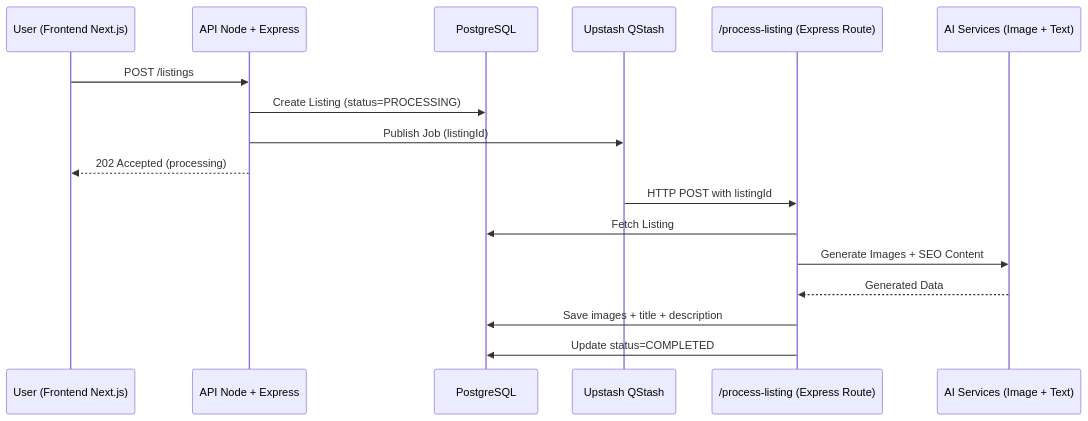
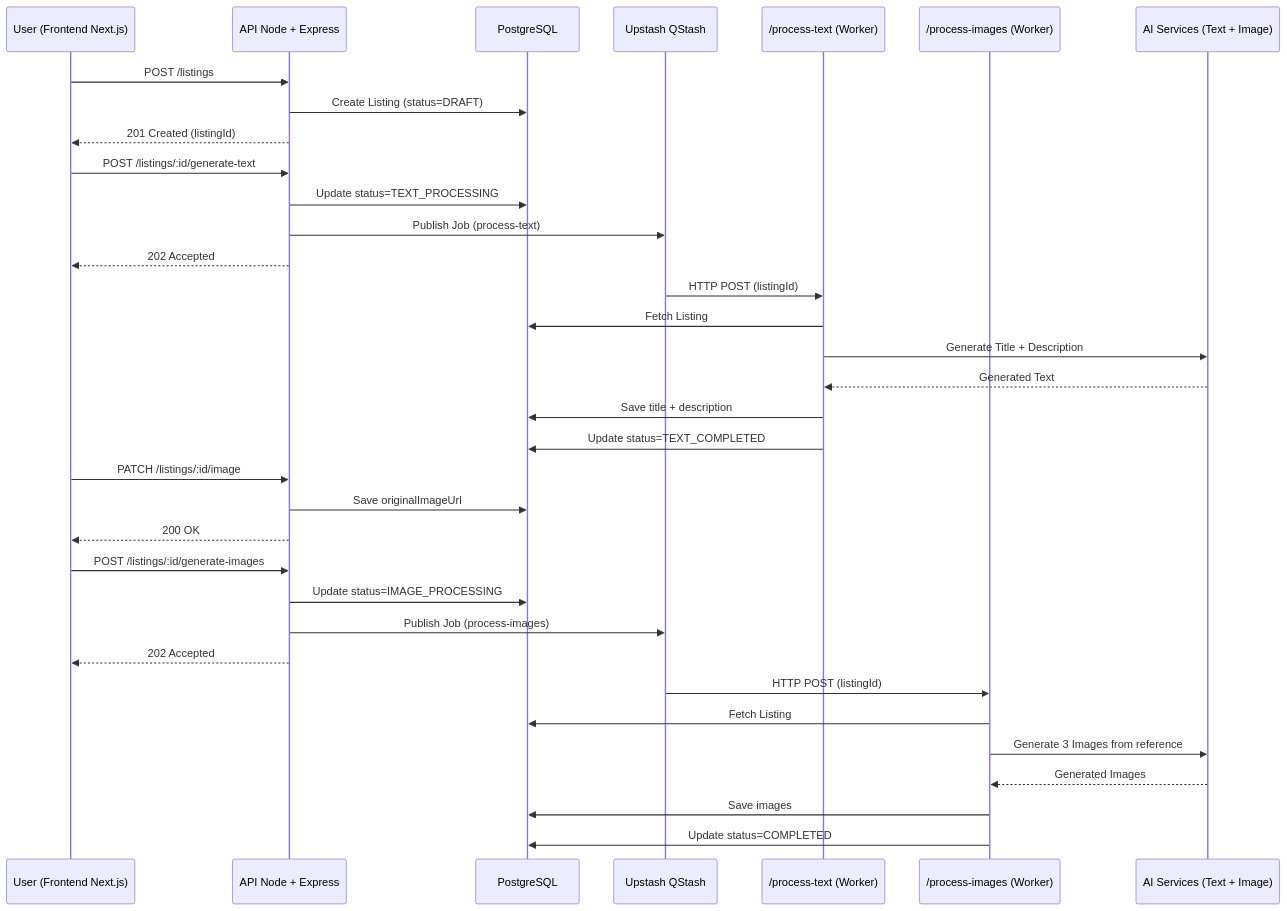
Before and after one commit to anunci-ai/anuncia.ai-api: the diagram in README.md, drawn with Mermaid.

````diff
--- a/README.md
+++ b/README.md
@@ -14,21 +14,42 @@
 ```mermaid
 sequenceDiagram
     participant U as User (Frontend Next.js)
     participant API as API Node + Express
     participant DB as PostgreSQL
     participant Q as Upstash QStash
-    participant W as /process-listing (Express Route)
-    participant AI as AI Services (Image + Text)
+    participant WT as /process-text (Worker)
+    participant WI as /process-images (Worker)
+    participant AI as AI Services (Text + Image)
 
     U->>API: POST /listings
-    API->>DB: Create Listing (status=PROCESSING)
-    API->>Q: Publish Job (listingId)
-    API-->>U: 202 Accepted (processing)
+    API->>DB: Create Listing (status=DRAFT)
+    API-->>U: 201 Created (listingId)
 
-    Q->>W: HTTP POST with listingId
-    W->>DB: Fetch Listing
-    W->>AI: Generate Images + SEO Content
-    AI-->>W: Generated Data
-    W->>DB: Save images + title + description
-    W->>DB: Update status=COMPLETED
+    U->>API: POST /listings/:id/generate-text
+    API->>DB: Update status=TEXT_PROCESSING
+    API->>Q: Publish Job (process-text)
+    API-->>U: 202 Accepted
+
+    Q->>WT: HTTP POST (listingId)
+    WT->>DB: Fetch Listing
+    WT->>AI: Generate Title + Description
+    AI-->>WT: Generated Text
+    WT->>DB: Save title + description
+    WT->>DB: Update status=TEXT_COMPLETED
+
+    U->>API: PATCH /listings/:id/image
+    API->>DB: Save originalImageUrl
+    API-->>U: 200 OK
+
+    U->>API: POST /listings/:id/generate-images
+    API->>DB: Update status=IMAGE_PROCESSING
+    API->>Q: Publish Job (process-images)
+    API-->>U: 202 Accepted
+
+    Q->>WI: HTTP POST (listingId)
+    WI->>DB: Fetch Listing
+    WI->>AI: Generate 3 Images from reference
+    AI-->>WI: Generated Images
+    WI->>DB: Save images
+    WI->>DB: Update status=COMPLETED
 ```
````
